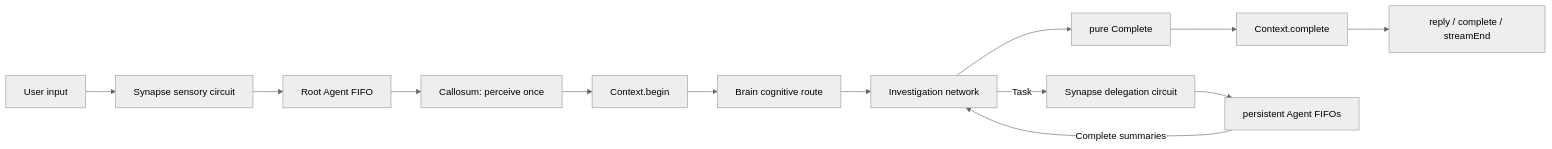
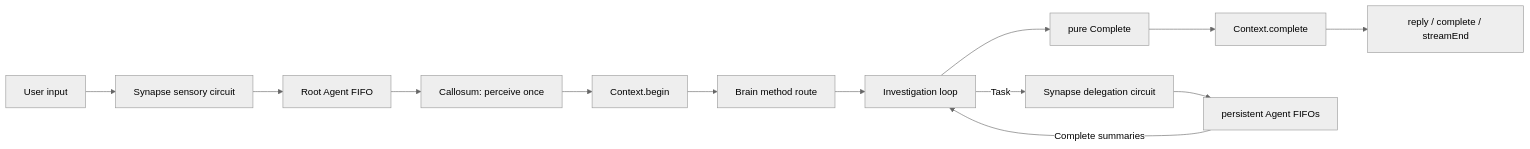
The diagram in README.md (flyflor/flyflor), drawn with Mermaid (neutral theme) before and after one commit. The commit also changed 47 other files, not shown here.

````diff
--- a/README.md
+++ b/README.md
@@ -44,16 +44,16 @@
 ```mermaid
 flowchart LR
     Input["User input"] --> Sensory["Synapse sensory circuit"]
     Sensory --> Root["Root Agent FIFO"]
     Root --> Perception["Callosum: perceive once"]
     Perception --> Context["Context.begin"]
-    Context --> Brain["Brain cognitive route"]
-    Brain --> Investigation["Investigation network"]
+    Context --> Brain["Brain method route"]
+    Brain --> Investigation["Investigation loop"]
     Investigation --> Complete["pure Complete"]
     Complete --> Store["Context.complete"]
     Store --> Expression["reply / complete / streamEnd"]
 
     Investigation -->|Task| Delegation["Synapse delegation circuit"]
     Delegation --> Workers["persistent Agent FIFOs"]
     Workers -->|Complete summaries| Investigation
 ```
````
